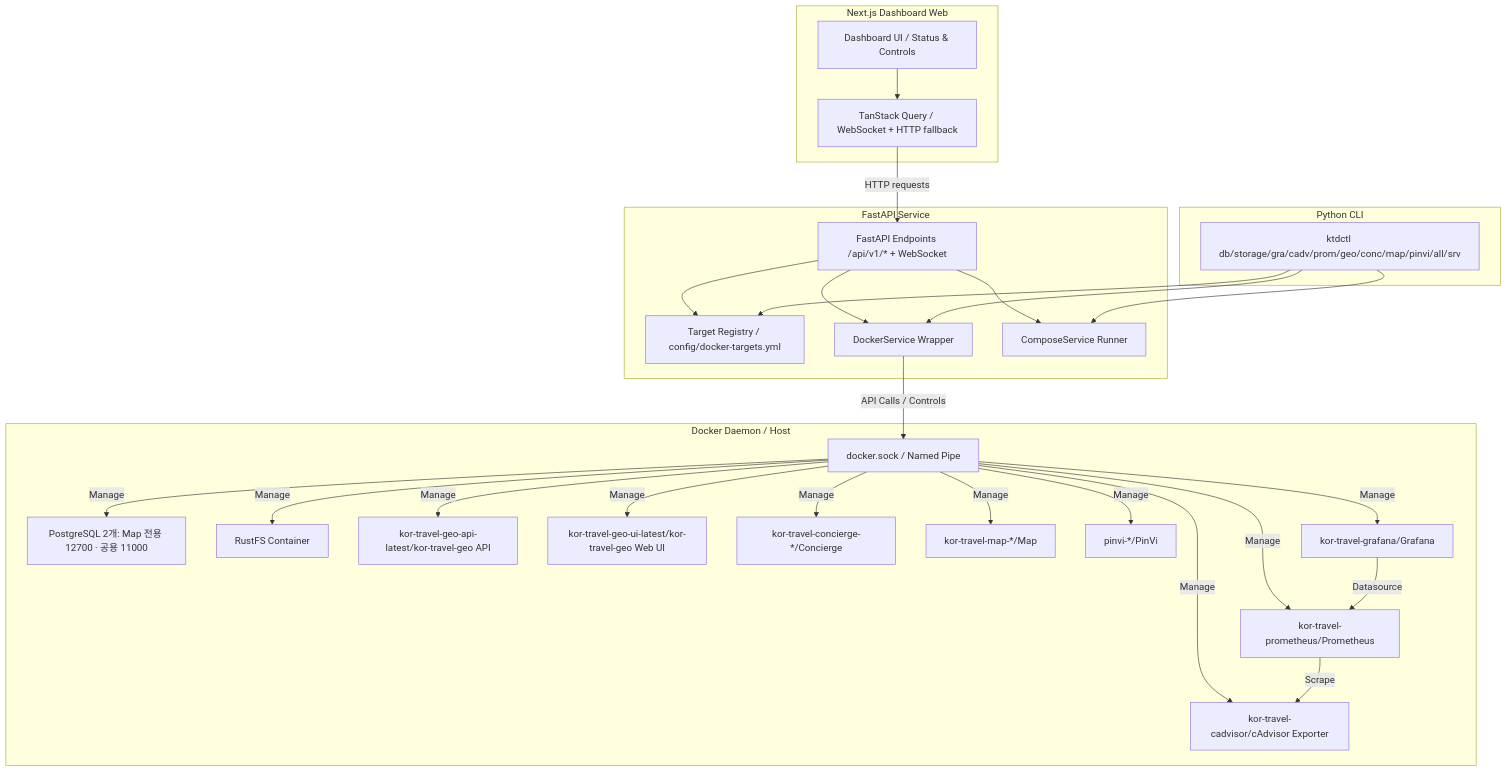
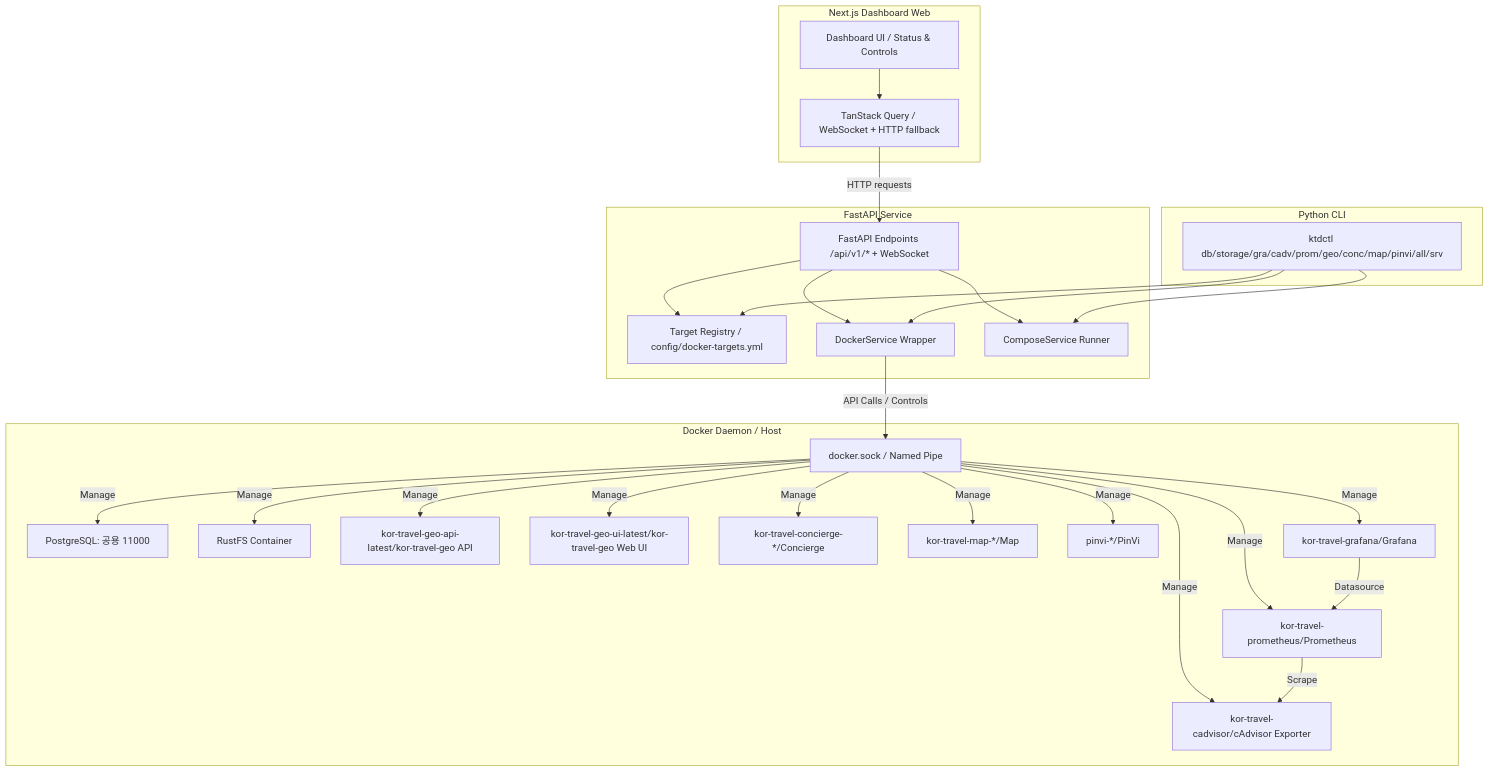
The diagram in docs/architecture.md (digitie/kor-travel-docker-manager), drawn with Mermaid before and after one commit. The commit also changed other lines of this file and 39 other files, not shown here.

````diff
--- a/docs/architecture.md
+++ b/docs/architecture.md
@@ -11,55 +11,55 @@
 ```mermaid
 graph TD
     subgraph Frontend [Next.js Dashboard Web]
         UI[Dashboard UI / Status & Controls]
         TQ[TanStack Query / WebSocket + HTTP fallback]
         UI --> TQ
     end
 
     subgraph Backend [FastAPI Service]
         API[FastAPI Endpoints /api/v1/* + WebSocket]
         REG[Target Registry / config/docker-targets.yml]
         DS[DockerService Wrapper]
         CS[ComposeService Runner]
         API --> REG
         API --> DS
         API --> CS
     end
 
     subgraph CLI [Python CLI]
         CLI_CMD[ktdctl db/storage/gra/cadv/prom/geo/conc/map/pinvi/all/srv]
         CLI_CMD --> REG
         CLI_CMD --> DS
         CLI_CMD --> CS
     end
 
     subgraph Infrastructure [Docker Daemon / Host]
         D_Sock[docker.sock / Named Pipe]
-        C_PG[PostgreSQL 2개: Map 전용 12700 · 공용 11000]
+        C_PG[PostgreSQL: 공용 11000]
         C_RFS[RustFS Container]
         C_GEO_API[kor-travel-geo-api-latest/kor-travel-geo API]
         C_GEO_UI[kor-travel-geo-ui-latest/kor-travel-geo Web UI]
         C_CONC[kor-travel-concierge-*/Concierge]
         C_MAP[kor-travel-map-*/Map]
         C_PINVI[pinvi-*/PinVi]
         C_PROM[kor-travel-prometheus/Prometheus]
         C_GRAF[kor-travel-grafana/Grafana]
         C_EXP[kor-travel-cadvisor/cAdvisor Exporter]
         
         DS -->|API Calls / Controls| D_Sock
         D_Sock -->|Manage| C_PG
         D_Sock -->|Manage| C_RFS
         D_Sock -->|Manage| C_GEO_API
         D_Sock -->|Manage| C_GEO_UI
         D_Sock -->|Manage| C_CONC
         D_Sock -->|Manage| C_MAP
         D_Sock -->|Manage| C_PINVI
         D_Sock -->|Manage| C_PROM
         D_Sock -->|Manage| C_GRAF
         D_Sock -->|Manage| C_EXP
         C_PROM -->|Scrape| C_EXP
         C_GRAF -->|Datasource| C_PROM
     end
     
     TQ -->|HTTP requests| API
 ```
````
